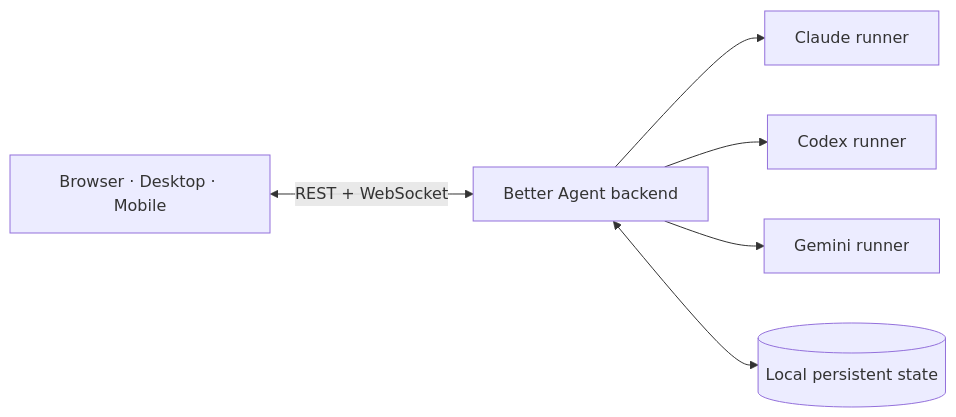
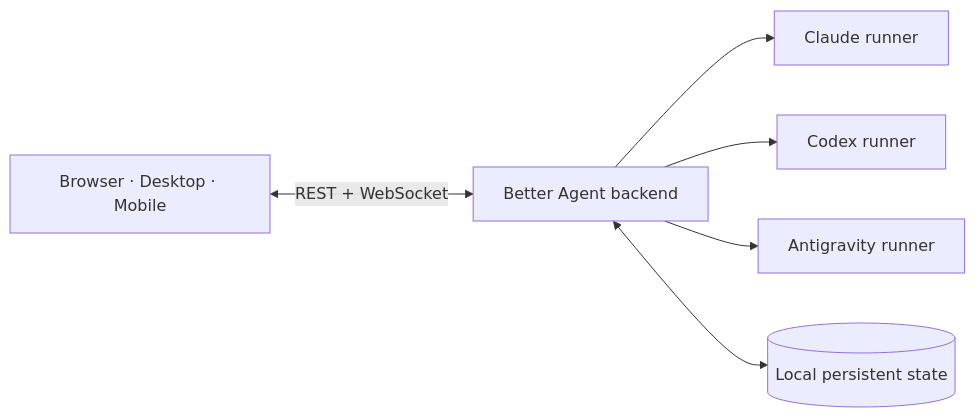
Before and after one commit to ofekron/better-agent: the diagram in README.md, drawn with Mermaid. The commit also changed other lines of this file and 140 other files, not shown here.

````diff
--- a/README.md
+++ b/README.md
@@ -62,8 +62,8 @@
 ```mermaid
 flowchart LR
     UI[Browser · Desktop · Mobile] <-- REST + WebSocket --> CORE[Better Agent backend]
     CORE --> C[Claude runner]
     CORE --> O[Codex runner]
-    CORE --> G[Gemini runner]
+    CORE --> G[Antigravity runner]
     CORE <--> STATE[(Local persistent state)]
 ```
````
